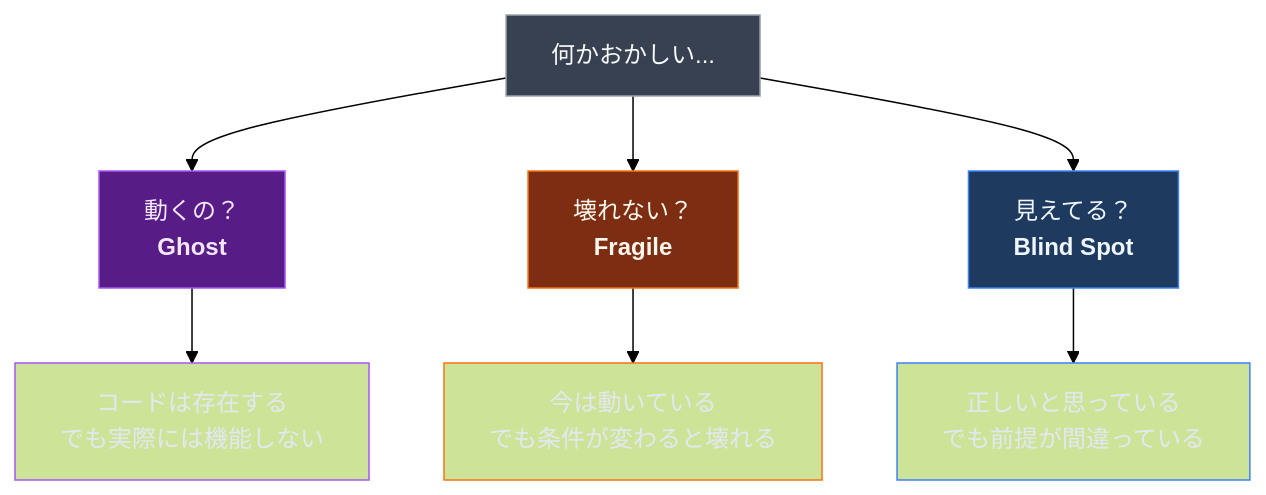
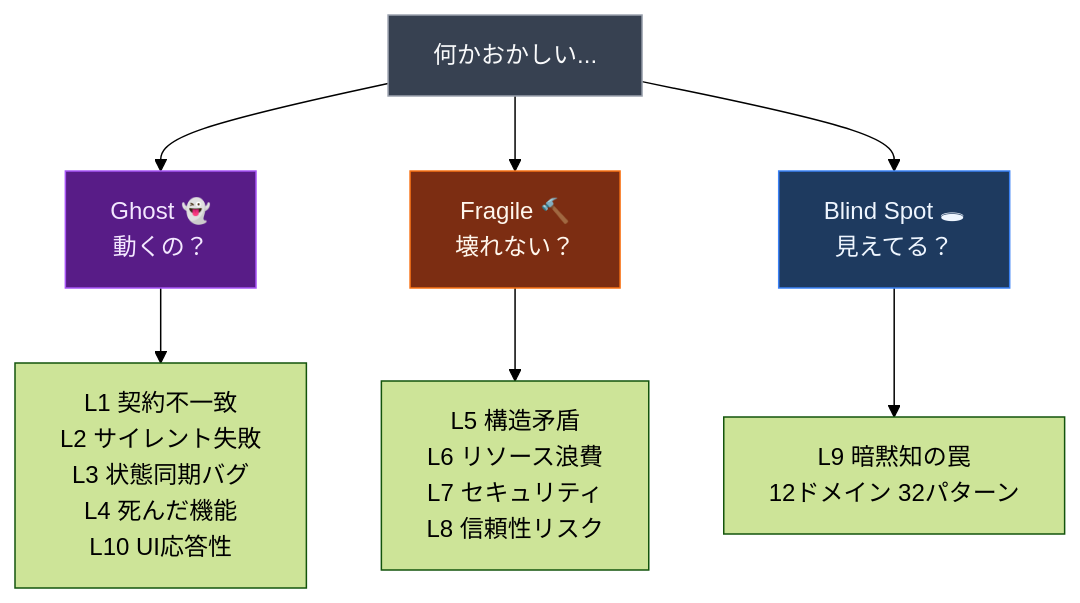
One commit to ohyesiamy/web-anomaly-detector changed the second of 5 diagrams in README.md. Above: the diagram before and after it, drawn with Mermaid (forest theme). The commit also changed other lines of this file, not shown here.

````diff
--- a/README.md
+++ b/README.md
@@ -273,18 +80,15 @@
 ```mermaid
 graph TB
     Q["何かおかしい..."] --> G
     Q --> F
     Q --> B
 
-    G["動くの？\n<b>Ghost</b>"] --> G1["コードは存在する\nでも実際には機能しない"]
-    F["壊れない？\n<b>Fragile</b>"] --> F1["今は動いている\nでも条件が変わると壊れる"]
-    B["見えてる？\n<b>Blind Spot</b>"] --> B1["正しいと思っている\nでも前提が間違っている"]
+    G["Ghost 👻\n動くの？"] --> G1["L1 契約不一致\nL2 サイレント失敗\nL3 状態同期バグ\nL4 死んだ機能\nL10 UI応答性"]
+    F["Fragile 🔨\n壊れない？"] --> F1["L5 構造矛盾\nL6 リソース浪費\nL7 セキュリティ\nL8 信頼性リスク"]
+    B["Blind Spot 🕳\n見えてる？"] --> B1["L9 暗黙知の罠\n12ドメイン 32パターン"]
 
     style Q fill:#374151,stroke:#9ca3af,color:#f9fafb
     style G fill:#581c87,stroke:#a855f7,color:#f3e8ff
     style F fill:#7c2d12,stroke:#f97316,color:#fff7ed
     style B fill:#1e3a5f,stroke:#3b82f6,color:#eff6ff
-    style G1 fill:#none,stroke:#a855f7,color:#e2e8f0
-    style F1 fill:#none,stroke:#f97316,color:#e2e8f0
-    style B1 fill:#none,stroke:#3b82f6,color:#e2e8f0
 ```
````
